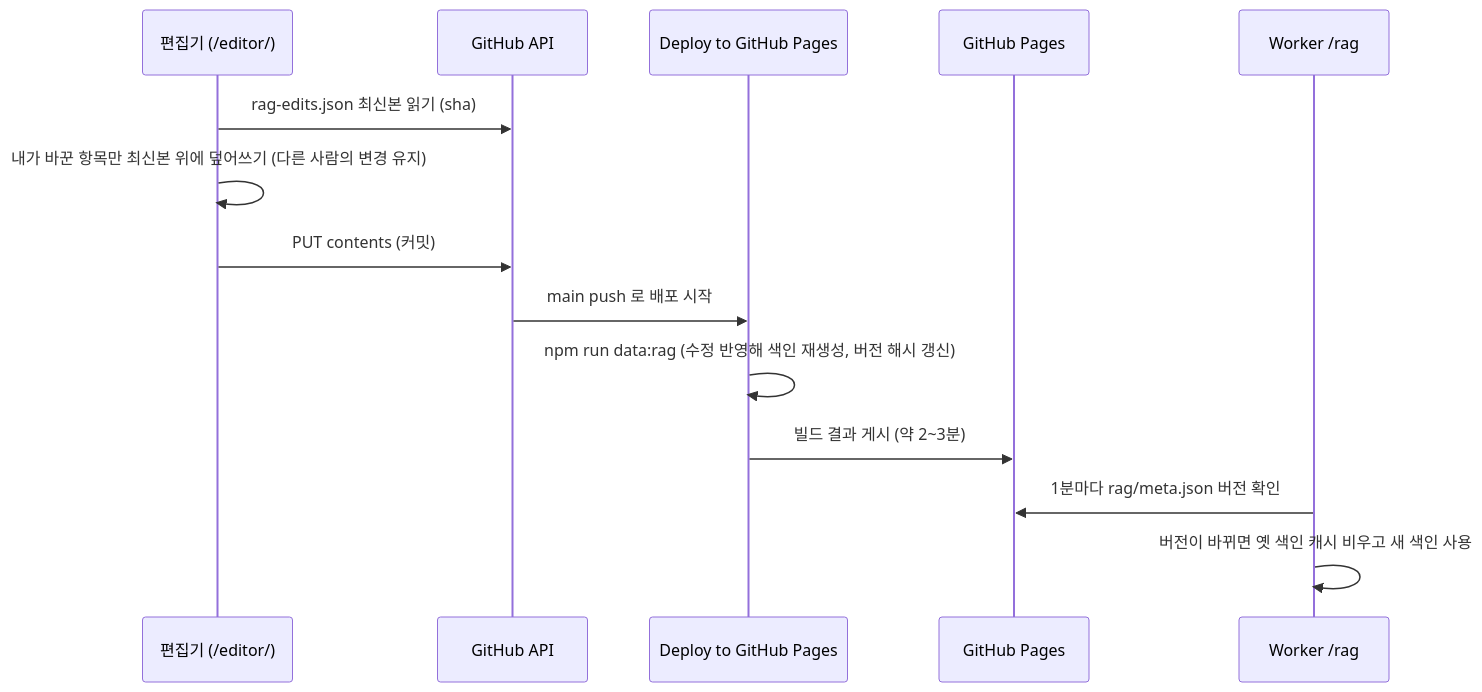
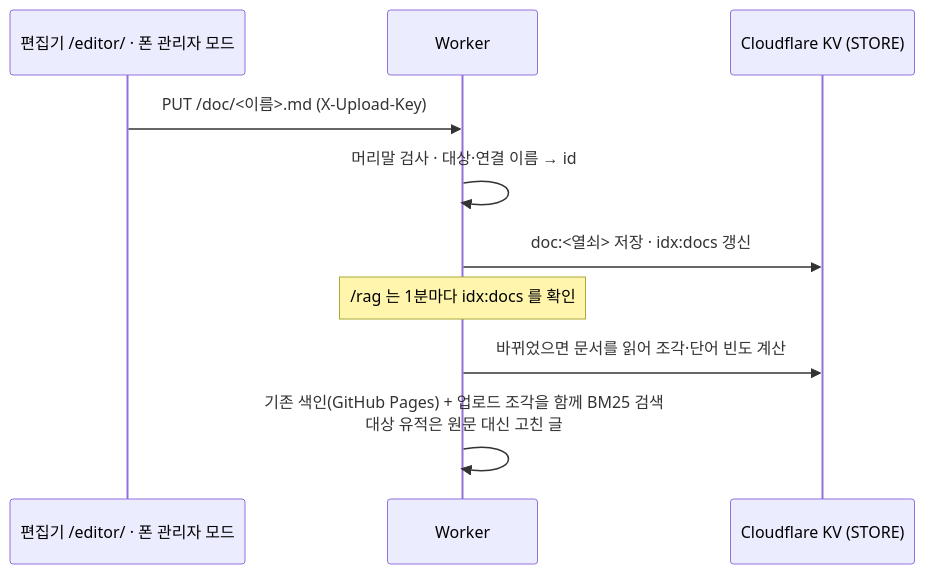
Before and after one commit to Hanbyeol5/arHeritage: the sixth of 6 diagrams in README.md, drawn with Mermaid. The commit also changed other lines of this file and 10 other files, not shown here.

````diff
--- a/README.md
+++ b/README.md
@@ -585,16 +629,12 @@
 ```mermaid
 sequenceDiagram
-  participant E as 편집기 (/editor/)
-  participant G as GitHub API
-  participant A as Deploy to GitHub Pages
-  participant P as GitHub Pages
-  participant W as Worker /rag
-  E->>G: rag-edits.json 최신본 읽기 (sha)
-  E->>E: 내가 바꾼 항목만 최신본 위에 덮어쓰기 (다른 사람의 변경 유지)
-  E->>G: PUT contents (커밋)
-  G->>A: main push 로 배포 시작
-  A->>A: npm run data:rag (수정 반영해 색인 재생성, 버전 해시 갱신)
-  A->>P: 빌드 결과 게시 (약 2~3분)
-  W->>P: 1분마다 rag/meta.json 버전 확인
-  W->>W: 버전이 바뀌면 옛 색인 캐시 비우고 새 색인 사용
+  participant E as 편집기 /editor/ · 폰 관리자 모드
+  participant W as Worker
+  participant K as Cloudflare KV (STORE)
+  E->>W: PUT /doc/<이름>.md (X-Upload-Key)
+  W->>W: 머리말 검사 · 대상·연결 이름 → id
+  W->>K: doc:<열쇠> 저장 · idx:docs 갱신
+  Note over W: /rag 는 1분마다 idx:docs 를 확인
+  W->>K: 바뀌었으면 문서를 읽어 조각·단어 빈도 계산
+  W->>W: 기존 색인(GitHub Pages) + 업로드 조각을 함께 BM25 검색<br/>대상 유적은 원문 대신 고친 글
 ```
````
